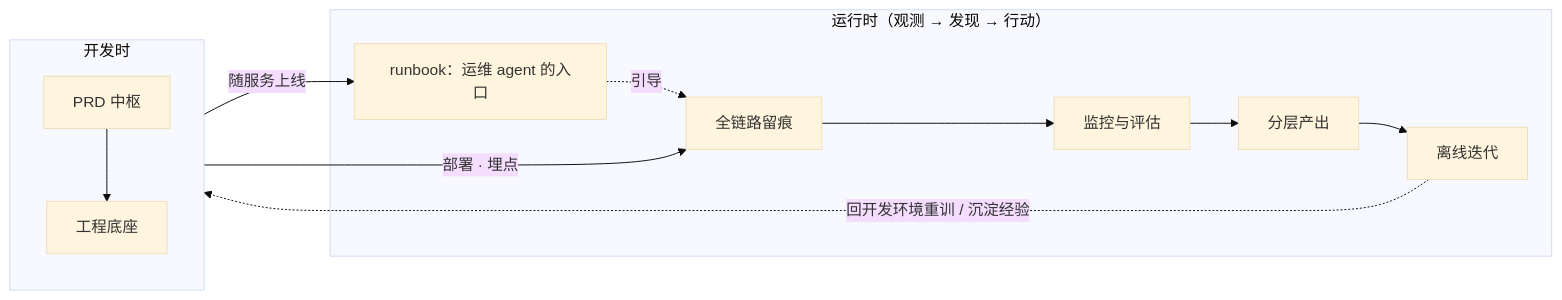
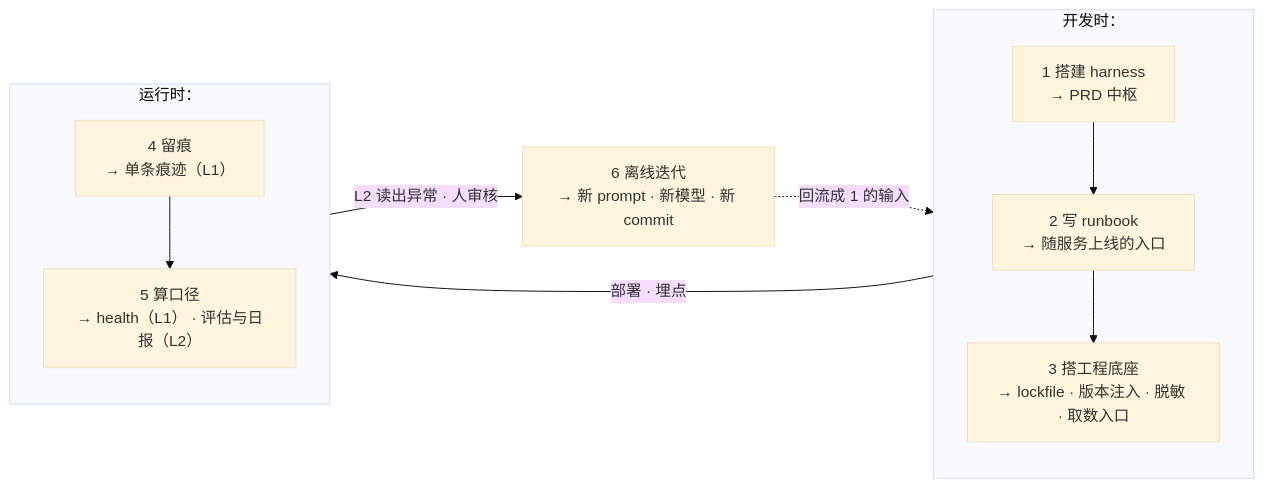
Before and after one commit to liuhetian/wiki: the first of 3 diagrams in docs/posts/prediction-loop.md, drawn with Mermaid (base theme). The commit also changed other lines of this file and 1 other file, not shown here.

````diff
--- a/docs/posts/prediction-loop.md
+++ b/docs/posts/prediction-loop.md
@@ -11,14 +11,14 @@
 ```mermaid
 graph LR
-    subgraph dev["开发时"]
+    subgraph dev["开发时："]
         direction TB
-        p["PRD 中枢"] --> b["工程底座"]
+        h["1 搭建 harness<br/>→ PRD 中枢"] --> rb["2 写 runbook<br/>→ 随服务上线的入口"] --> b["3 搭工程底座<br/>→ lockfile · 版本注入 · 脱敏 · 取数入口"]
     end
-    subgraph run["运行时（观测 → 发现 → 行动）"]
-        rb["runbook：运维 agent 的入口"] -.引导.-> t
-        t["全链路留痕"] --> m["监控与评估"] --> s["分层产出"] --> it["离线迭代"]
+    subgraph run["运行时："]
+        direction TB
+        t["4 留痕<br/>→ 单条痕迹（L1）"] --> m["5 算口径<br/>→ health（L1） · 评估与日报（L2）"]
     end
     b -->|部署 · 埋点| t
-    b -->|随服务上线| rb
-    it -.回开发环境重训 / 沉淀经验.-> p
+    m -->|L2 读出异常 · 人审核| it["6 离线迭代<br/>→ 新 prompt · 新模型 · 新 commit"]
+    it -.回流成 1 的输入.-> h
 ```
````
